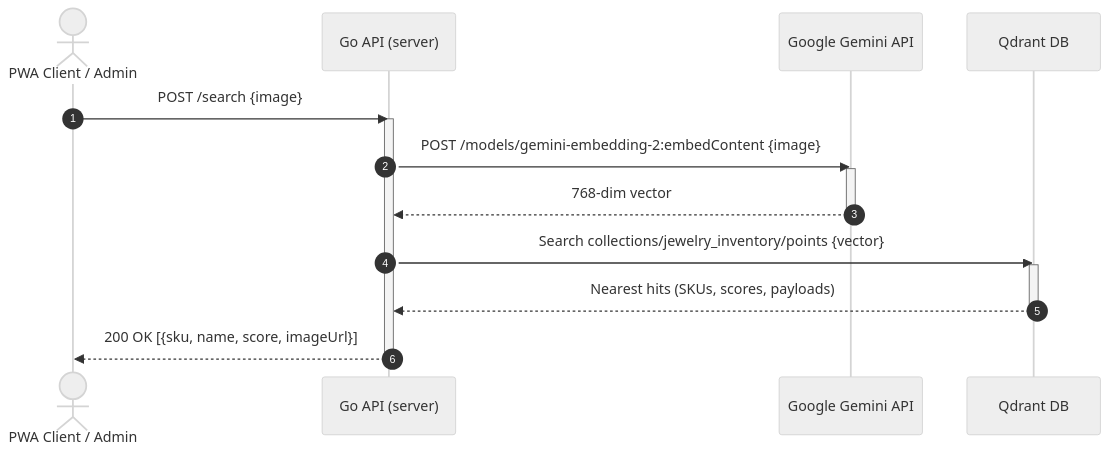
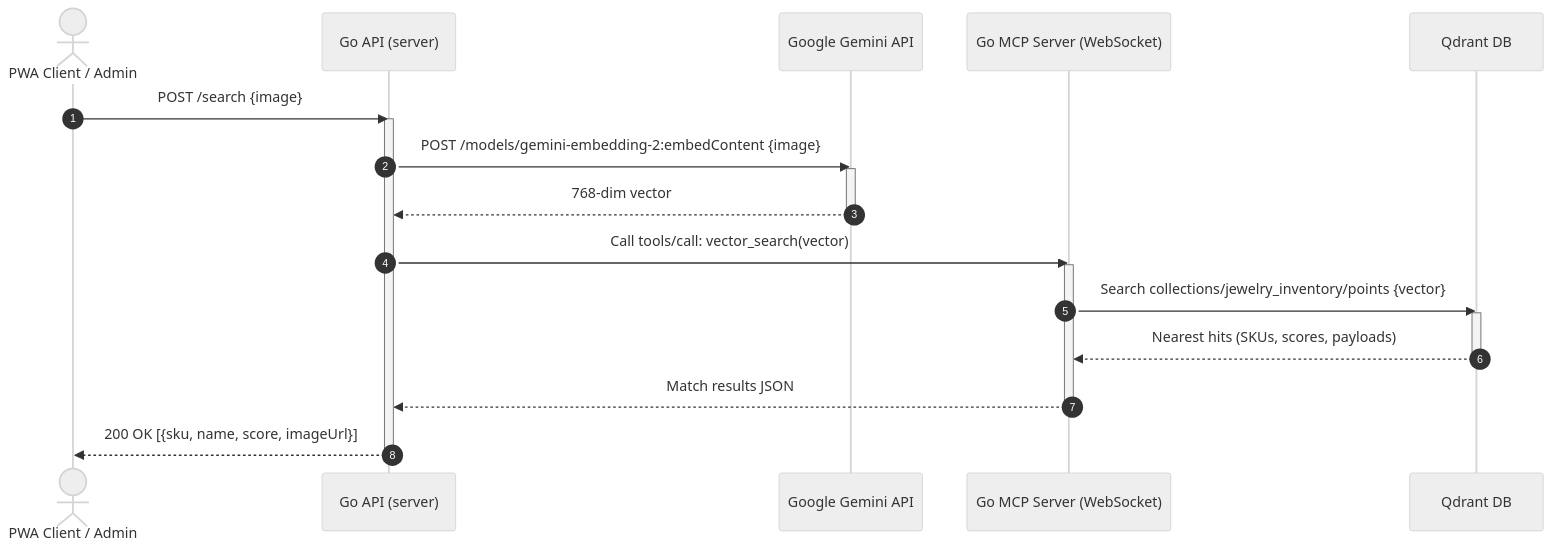
Before and after one commit to lupohirp/ShelfScan: the second of 4 diagrams in docs/api_sequence_diagrams.md, drawn with Mermaid (neutral theme). The commit also changed other lines of this file, not shown here.

````diff
--- a/docs/api_sequence_diagrams.md
+++ b/docs/api_sequence_diagrams.md
@@ -57,24 +64,29 @@
 ```mermaid
 sequenceDiagram
     autonumber
     actor Client as PWA Client / Admin
     participant API as Go API (server)
     participant GeminiAPI as Google Gemini API
+    participant MCP as Go MCP Server (WebSocket)
     participant Qdrant as Qdrant DB
 
     Client->>API: POST /search {image}
     activate API
     
     API->>GeminiAPI: POST /models/gemini-embedding-2:embedContent {image}
     activate GeminiAPI
     GeminiAPI-->>API: 768-dim vector
     deactivate GeminiAPI
     
-    API->>Qdrant: Search collections/jewelry_inventory/points {vector}
+    API->>MCP: Call tools/call: vector_search(vector)
+    activate MCP
+    MCP->>Qdrant: Search collections/jewelry_inventory/points {vector}
     activate Qdrant
-    Qdrant-->>API: Nearest hits (SKUs, scores, payloads)
+    Qdrant-->>MCP: Nearest hits (SKUs, scores, payloads)
     deactivate Qdrant
+    MCP-->>API: Match results JSON
+    deactivate MCP
     
     API-->>Client: 200 OK [{sku, name, score, imageUrl}]
     deactivate API
 ```
````
